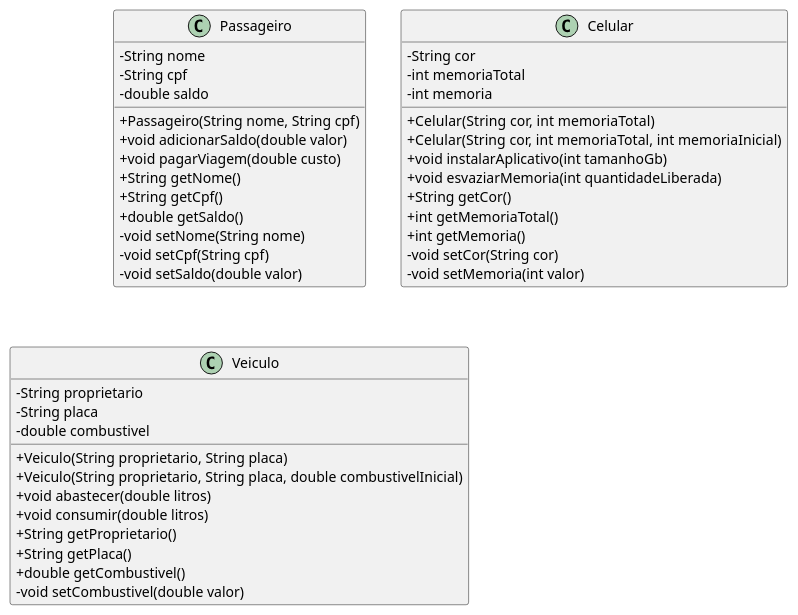
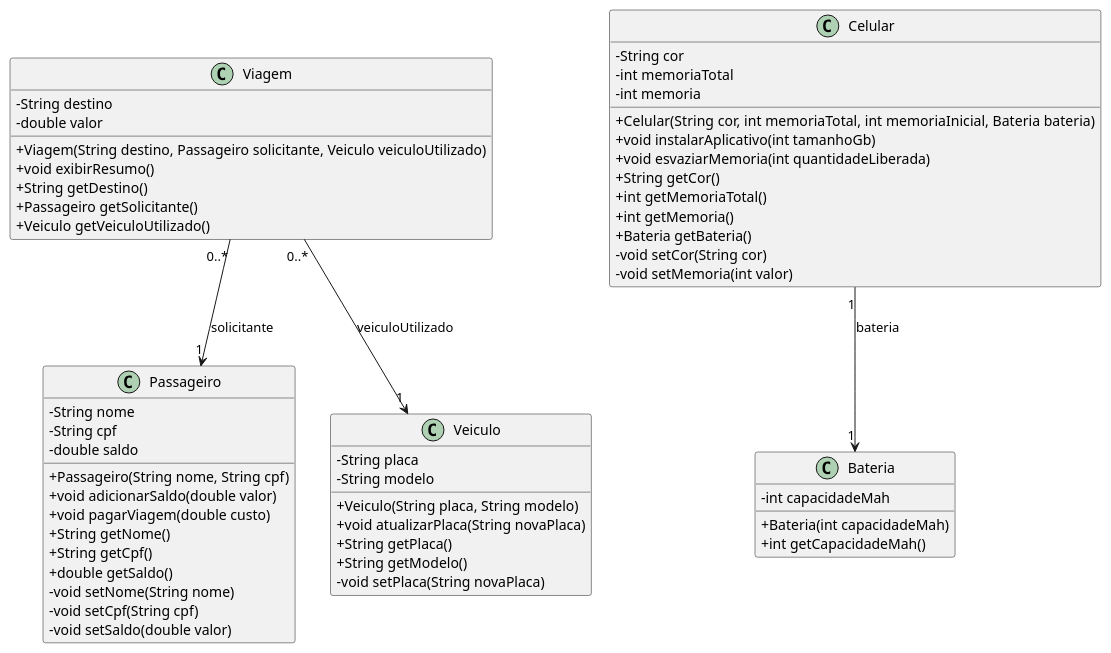
One commit to Pedro-Ivson/fiap-poo changed the diagram in docs/fiapride.puml. Above: the diagram before and after it, drawn with PlantUML. The commit also changed 10 other files, not shown here.

Commit message:
feat: implementa associacao entre Viagem, Passageiro e Veiculo

```diff
--- a/docs/fiapride.puml
+++ b/docs/fiapride.puml
@@ -1,47 +1,63 @@
 @startuml FiapRide
 skinparam classAttributeIconSize 0
 
 class Passageiro {
     - String nome
     - String cpf
     - double saldo
     + Passageiro(String nome, String cpf)
     + void adicionarSaldo(double valor)
     + void pagarViagem(double custo)
     + String getNome()
     + String getCpf()
     + double getSaldo()
     - void setNome(String nome)
     - void setCpf(String cpf)
     - void setSaldo(double valor)
 }
 
+class Viagem {
+    - String destino
+    - double valor
+    + Viagem(String destino, Passageiro solicitante, Veiculo veiculoUtilizado)
+    + void exibirResumo()
+    + String getDestino()
+    + Passageiro getSolicitante()
+    + Veiculo getVeiculoUtilizado()
+}
+
+class Veiculo {
+    - String placa
+    - String modelo
+    + Veiculo(String placa, String modelo)
+    + void atualizarPlaca(String novaPlaca)
+    + String getPlaca()
+    + String getModelo()
+    - void setPlaca(String novaPlaca)
+}
+
 class Celular {
     - String cor
     - int memoriaTotal
     - int memoria
-    + Celular(String cor, int memoriaTotal)
-    + Celular(String cor, int memoriaTotal, int memoriaInicial)
+    + Celular(String cor, int memoriaTotal, int memoriaInicial, Bateria bateria)
     + void instalarAplicativo(int tamanhoGb)
     + void esvaziarMemoria(int quantidadeLiberada)
     + String getCor()
     + int getMemoriaTotal()
     + int getMemoria()
+    + Bateria getBateria()
     - void setCor(String cor)
     - void setMemoria(int valor)
 }
 
-class Veiculo {
-    - String proprietario
-    - String placa
-    - double combustivel
-    + Veiculo(String proprietario, String placa)
-    + Veiculo(String proprietario, String placa, double combustivelInicial)
-    + void abastecer(double litros)
-    + void consumir(double litros)
-    + String getProprietario()
-    + String getPlaca()
-    + double getCombustivel()
-    - void setCombustivel(double valor)
+class Bateria {
+    - int capacidadeMah
+    + Bateria(int capacidadeMah)
+    + int getCapacidadeMah()
 }
+
+Viagem "0..*" --> "1" Passageiro : solicitante
+Viagem "0..*" --> "1" Veiculo : veiculoUtilizado
+Celular "1" --> "1" Bateria : bateria
 @enduml
```
